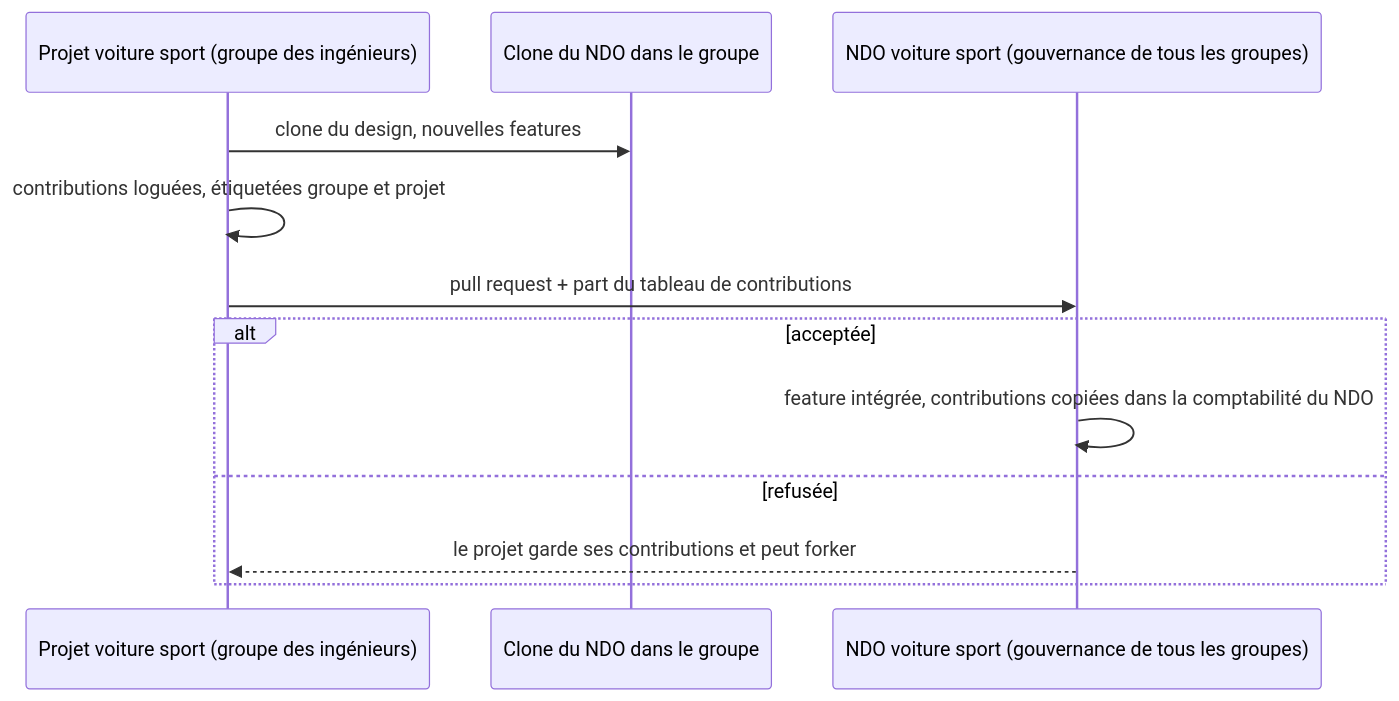
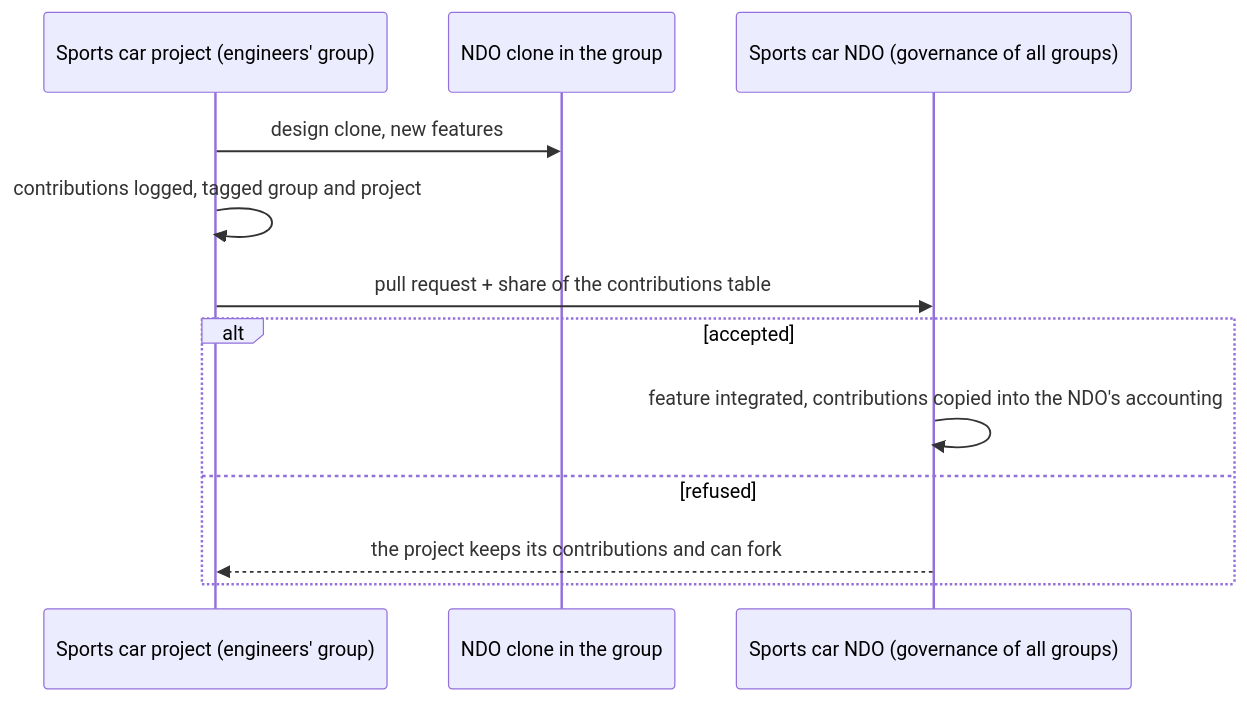
Before and after one commit to Sensorica/nondominium-design-system: the fourth of 5 diagrams in content/meetings/2026-10-20-lab.md, drawn with Mermaid. The commit also changed other lines of this file and 14 other files, not shown here.

````diff
--- a/content/meetings/2026-10-20-lab.md
+++ b/content/meetings/2026-10-20-lab.md
@@ -108,15 +109,15 @@
 ```mermaid
-%% caption: Une pull request porte ses contributions : la gouvernance du NDO accepte les deux ensemble, ou aucun
+%% caption: A pull request carries its contributions: the NDO's governance accepts both together, or neither
 sequenceDiagram
-  participant P as Projet voiture sport (groupe des ingénieurs)
-  participant C as Clone du NDO dans le groupe
-  participant N as NDO voiture sport (gouvernance de tous les groupes)
-  P->>C: clone du design, nouvelles features
-  P->>P: contributions loguées, étiquetées groupe et projet
-  P->>N: pull request + part du tableau de contributions
-  alt acceptée
-    N->>N: feature intégrée, contributions copiées dans la comptabilité du NDO
-  else refusée
-    N-->>P: le projet garde ses contributions et peut forker
+  participant P as Sports car project (engineers' group)
+  participant C as NDO clone in the group
+  participant N as Sports car NDO (governance of all groups)
+  P->>C: design clone, new features
+  P->>P: contributions logged, tagged group and project
+  P->>N: pull request + share of the contributions table
+  alt accepted
+    N->>N: feature integrated, contributions copied into the NDO's accounting
+  else refused
+    N-->>P: the project keeps its contributions and can fork
   end
 ```
````
